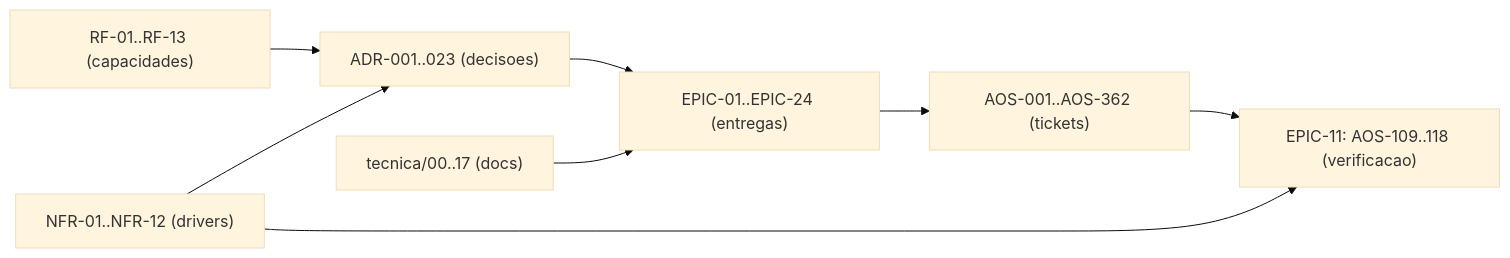
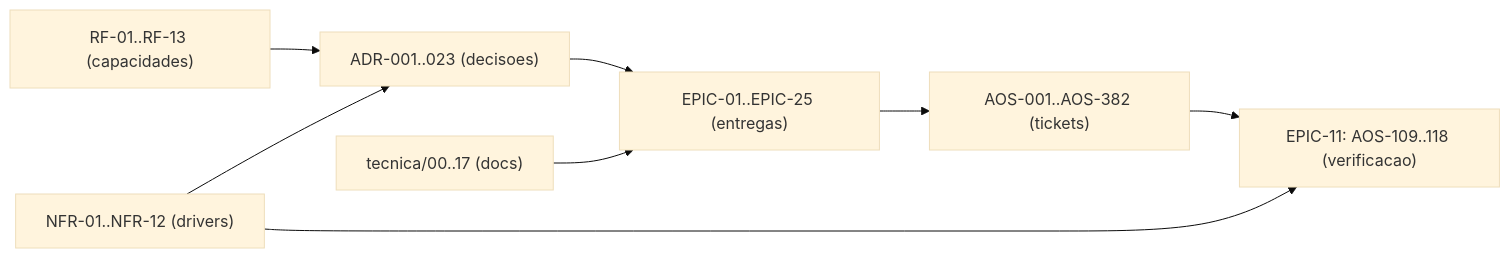
One commit to albinoJimy/aos changed the diagram in tecnica/16_Rastreabilidade_RTM.md. Above: the diagram before and after it, drawn with Mermaid (base theme). The commit also changed other lines of this file, not shown here.

First line of the commit message:
fix(EPIC-25): repor a contiguidade de tickets e regenerar a RTM

````diff
--- a/tecnica/16_Rastreabilidade_RTM.md
+++ b/tecnica/16_Rastreabilidade_RTM.md
@@ -180,10 +180,10 @@
 ```mermaid
 flowchart LR
     RF["RF-01..RF-13 (capacidades)"] --> ADR["ADR-001..023 (decisoes)"]
     NFR["NFR-01..NFR-12 (drivers)"] --> ADR
-    ADR --> EPIC["EPIC-01..EPIC-24 (entregas)"]
-    EPIC --> TICK["AOS-001..AOS-362 (tickets)"]
+    ADR --> EPIC["EPIC-01..EPIC-25 (entregas)"]
+    EPIC --> TICK["AOS-001..AOS-382 (tickets)"]
     DOC["tecnica/00..17 (docs)"] --> EPIC
     TICK --> TEST["EPIC-11: AOS-109..118 (verificacao)"]
     NFR --> TEST
 ```
````
